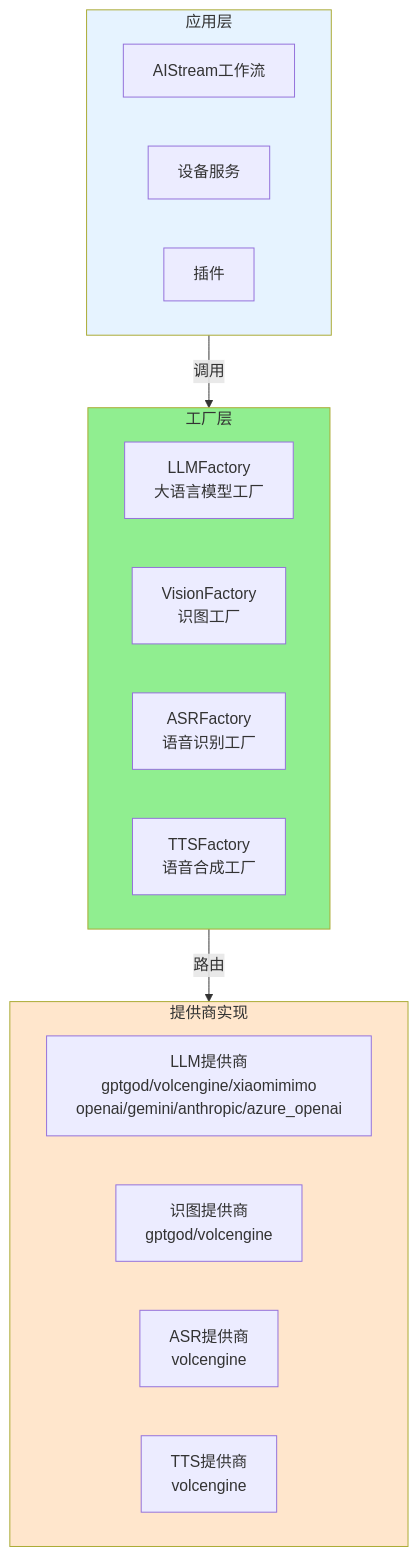
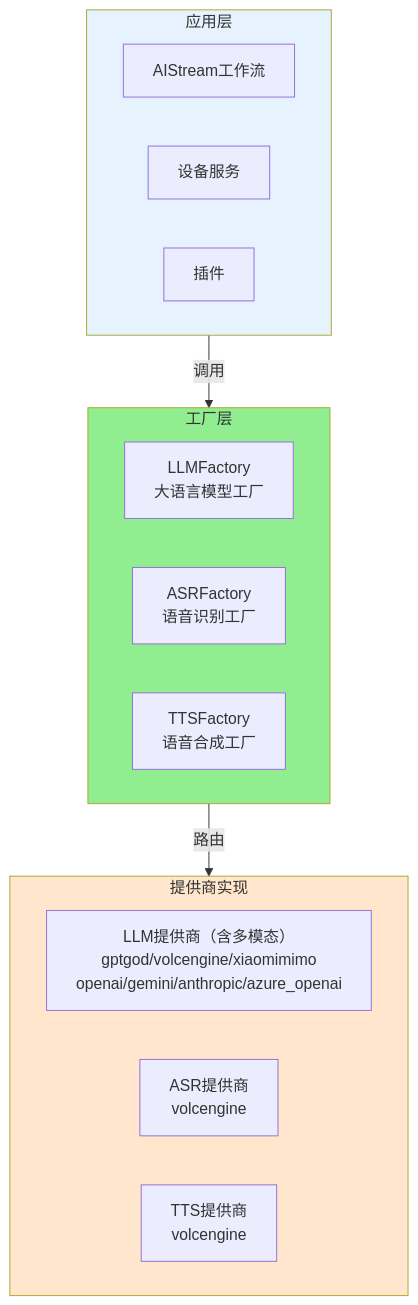
The first of 2 diagrams in docs/factory.md (sunflowermm/XRK-AGT), drawn with Mermaid before and after one commit. The commit also changed other lines of this file and 24 other files, not shown here.

````diff
--- a/docs/factory.md
+++ b/docs/factory.md
@@ -23,29 +23,27 @@
 ```mermaid
 flowchart TB
     subgraph App["应用层"]
         AIStream["AIStream工作流"]
         Device["设备服务"]
         Plugin["插件"]
     end
     
     subgraph Factory["工厂层"]
         LLMFactory["LLMFactory<br/>大语言模型工厂"]
-        VisionFactory["VisionFactory<br/>识图工厂"]
         ASRFactory["ASRFactory<br/>语音识别工厂"]
         TTSFactory["TTSFactory<br/>语音合成工厂"]
     end
-    
+
     subgraph Providers["提供商实现"]
-        LLMProviders["LLM提供商<br/>gptgod/volcengine/xiaomimimo<br/>openai/gemini/anthropic/azure_openai"]
-        VisionProviders["识图提供商<br/>gptgod/volcengine"]
+        LLMProviders["LLM提供商（含多模态）<br/>gptgod/volcengine/xiaomimimo<br/>openai/gemini/anthropic/azure_openai"]
         ASRProviders["ASR提供商<br/>volcengine"]
         TTSProviders["TTS提供商<br/>volcengine"]
     end
     
     App -->|调用| Factory
     Factory -->|路由| Providers
     
     style App fill:#E6F3FF
     style Factory fill:#90EE90
     style Providers fill:#FFE6CC
 ```
````
